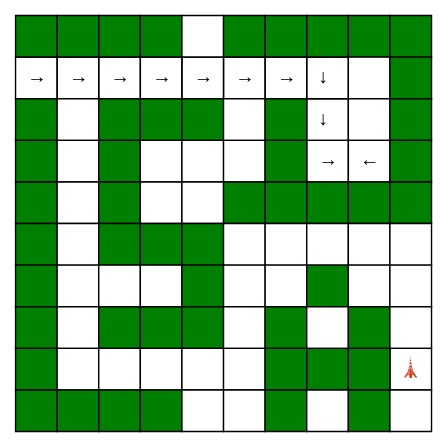
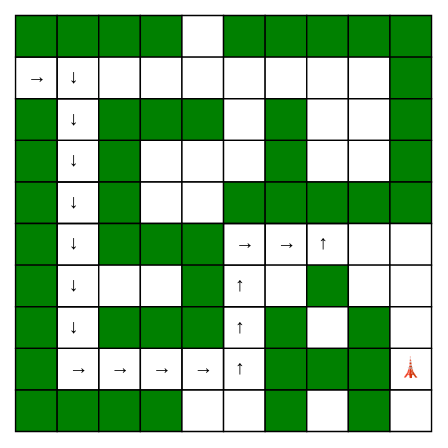
Before and after one commit to Changyue-Tan/COMP9024: the diagram in tut/week10/images/HtmlMaze_0058.dot, drawn with Graphviz. The commit also changed 342 other files, not shown here.

```diff
--- a/tut/week10/images/HtmlMaze_0058.dot
+++ b/tut/week10/images/HtmlMaze_0058.dot
@@ -1,126 +1,126 @@
 digraph maze { 
 Maze [shape=none, margin=0, label=< 
 <table border="0" cellborder="1" cellspacing="0" cellpadding="0"> 
 <tr> 
 <td width="30" height="30" bgcolor="green"></td> 
 <td width="30" height="30" bgcolor="green"></td> 
 <td width="30" height="30" bgcolor="green"></td> 
 <td width="30" height="30" bgcolor="green"></td> 
 <td width="30" height="30" bgcolor="white"></td> 
 <td width="30" height="30" bgcolor="green"></td> 
 <td width="30" height="30" bgcolor="green"></td> 
 <td width="30" height="30" bgcolor="green"></td> 
 <td width="30" height="30" bgcolor="green"></td> 
 <td width="30" height="30" bgcolor="green"></td> 
 </tr> 
 <tr> 
 <td width="30" height="30">&#x2192;</td> 
-<td width="30" height="30">&#x2192;</td> 
-<td width="30" height="30">&#x2192;</td> 
-<td width="30" height="30">&#x2192;</td> 
-<td width="30" height="30">&#x2192;</td> 
-<td width="30" height="30">&#x2192;</td> 
-<td width="30" height="30">&#x2192;</td> 
 <td width="30" height="30">&#x2193;</td> 
+<td width="30" height="30" bgcolor="white"></td> 
+<td width="30" height="30" bgcolor="white"></td> 
+<td width="30" height="30" bgcolor="white"></td> 
+<td width="30" height="30" bgcolor="white"></td> 
+<td width="30" height="30" bgcolor="white"></td> 
+<td width="30" height="30" bgcolor="white"></td> 
 <td width="30" height="30" bgcolor="white"></td> 
 <td width="30" height="30" bgcolor="green"></td> 
 </tr> 
 <tr> 
 <td width="30" height="30" bgcolor="green"></td> 
-<td width="30" height="30" bgcolor="white"></td> 
+<td width="30" height="30">&#x2193;</td> 
 <td width="30" height="30" bgcolor="green"></td> 
 <td width="30" height="30" bgcolor="green"></td> 
 <td width="30" height="30" bgcolor="green"></td> 
 <td width="30" height="30" bgcolor="white"></td> 
 <td width="30" height="30" bgcolor="green"></td> 
-<td width="30" height="30">&#x2193;</td> 
+<td width="30" height="30" bgcolor="white"></td> 
 <td width="30" height="30" bgcolor="white"></td> 
 <td width="30" height="30" bgcolor="green"></td> 
 </tr> 
 <tr> 
 <td width="30" height="30" bgcolor="green"></td> 
-<td width="30" height="30" bgcolor="white"></td> 
+<td width="30" height="30">&#x2193;</td> 
 <td width="30" height="30" bgcolor="green"></td> 
 <td width="30" height="30" bgcolor="white"></td> 
 <td width="30" height="30" bgcolor="white"></td> 
 <td width="30" height="30" bgcolor="white"></td> 
 <td width="30" height="30" bgcolor="green"></td> 
-<td width="30" height="30">&#x2192;</td> 
-<td width="30" height="30">&#x2190;</td> 
+<td width="30" height="30" bgcolor="white"></td> 
+<td width="30" height="30" bgcolor="white"></td> 
 <td width="30" height="30" bgcolor="green"></td> 
 </tr> 
 <tr> 
 <td width="30" height="30" bgcolor="green"></td> 
-<td width="30" height="30" bgcolor="white"></td> 
+<td width="30" height="30">&#x2193;</td> 
 <td width="30" height="30" bgcolor="green"></td> 
 <td width="30" height="30" bgcolor="white"></td> 
 <td width="30" height="30" bgcolor="white"></td> 
 <td width="30" height="30" bgcolor="green"></td> 
 <td width="30" height="30" bgcolor="green"></td> 
 <td width="30" height="30" bgcolor="green"></td> 
 <td width="30" height="30" bgcolor="green"></td> 
 <td width="30" height="30" bgcolor="green"></td> 
 </tr> 
 <tr> 
 <td width="30" height="30" bgcolor="green"></td> 
-<td width="30" height="30" bgcolor="white"></td> 
+<td width="30" height="30">&#x2193;</td> 
 <td width="30" height="30" bgcolor="green"></td> 
 <td width="30" height="30" bgcolor="green"></td> 
 <td width="30" height="30" bgcolor="green"></td> 
-<td width="30" height="30" bgcolor="white"></td> 
-<td width="30" height="30" bgcolor="white"></td> 
-<td width="30" height="30" bgcolor="white"></td> 
+<td width="30" height="30">&#x2192;</td> 
+<td width="30" height="30">&#x2192;</td> 
+<td width="30" height="30">&#x2191;</td> 
 <td width="30" height="30" bgcolor="white"></td> 
 <td width="30" height="30" bgcolor="white"></td> 
 </tr> 
 <tr> 
 <td width="30" height="30" bgcolor="green"></td> 
-<td width="30" height="30" bgcolor="white"></td> 
+<td width="30" height="30">&#x2193;</td> 
 <td width="30" height="30" bgcolor="white"></td> 
 <td width="30" height="30" bgcolor="white"></td> 
 <td width="30" height="30" bgcolor="green"></td> 
-<td width="30" height="30" bgcolor="white"></td> 
+<td width="30" height="30">&#x2191;</td> 
 <td width="30" height="30" bgcolor="white"></td> 
 <td width="30" height="30" bgcolor="green"></td> 
 <td width="30" height="30" bgcolor="white"></td> 
 <td width="30" height="30" bgcolor="white"></td> 
 </tr> 
 <tr> 
 <td width="30" height="30" bgcolor="green"></td> 
-<td width="30" height="30" bgcolor="white"></td> 
+<td width="30" height="30">&#x2193;</td> 
 <td width="30" height="30" bgcolor="green"></td> 
 <td width="30" height="30" bgcolor="green"></td> 
 <td width="30" height="30" bgcolor="green"></td> 
-<td width="30" height="30" bgcolor="white"></td> 
+<td width="30" height="30">&#x2191;</td> 
 <td width="30" height="30" bgcolor="green"></td> 
 <td width="30" height="30" bgcolor="white"></td> 
 <td width="30" height="30" bgcolor="green"></td> 
 <td width="30" height="30" bgcolor="white"></td> 
 </tr> 
 <tr> 
 <td width="30" height="30" bgcolor="green"></td> 
-<td width="30" height="30" bgcolor="white"></td> 
-<td width="30" height="30" bgcolor="white"></td> 
-<td width="30" height="30" bgcolor="white"></td> 
-<td width="30" height="30" bgcolor="white"></td> 
-<td width="30" height="30" bgcolor="white"></td> 
+<td width="30" height="30">&#x2192;</td> 
+<td width="30" height="30">&#x2192;</td> 
+<td width="30" height="30">&#x2192;</td> 
+<td width="30" height="30">&#x2192;</td> 
+<td width="30" height="30">&#x2191;</td> 
 <td width="30" height="30" bgcolor="green"></td> 
 <td width="30" height="30" bgcolor="green"></td> 
 <td width="30" height="30" bgcolor="green"></td> 
 <td width="30" height="30">&#128508;</td> 
 </tr> 
 <tr> 
 <td width="30" height="30" bgcolor="green"></td> 
 <td width="30" height="30" bgcolor="green"></td> 
 <td width="30" height="30" bgcolor="green"></td> 
 <td width="30" height="30" bgcolor="green"></td> 
 <td width="30" height="30" bgcolor="white"></td> 
 <td width="30" height="30" bgcolor="white"></td> 
 <td width="30" height="30" bgcolor="green"></td> 
 <td width="30" height="30" bgcolor="white"></td> 
 <td width="30" height="30" bgcolor="green"></td> 
 <td width="30" height="30" bgcolor="white"></td> 
 </tr> 
 </table> 
   >]; 
 } 
```
